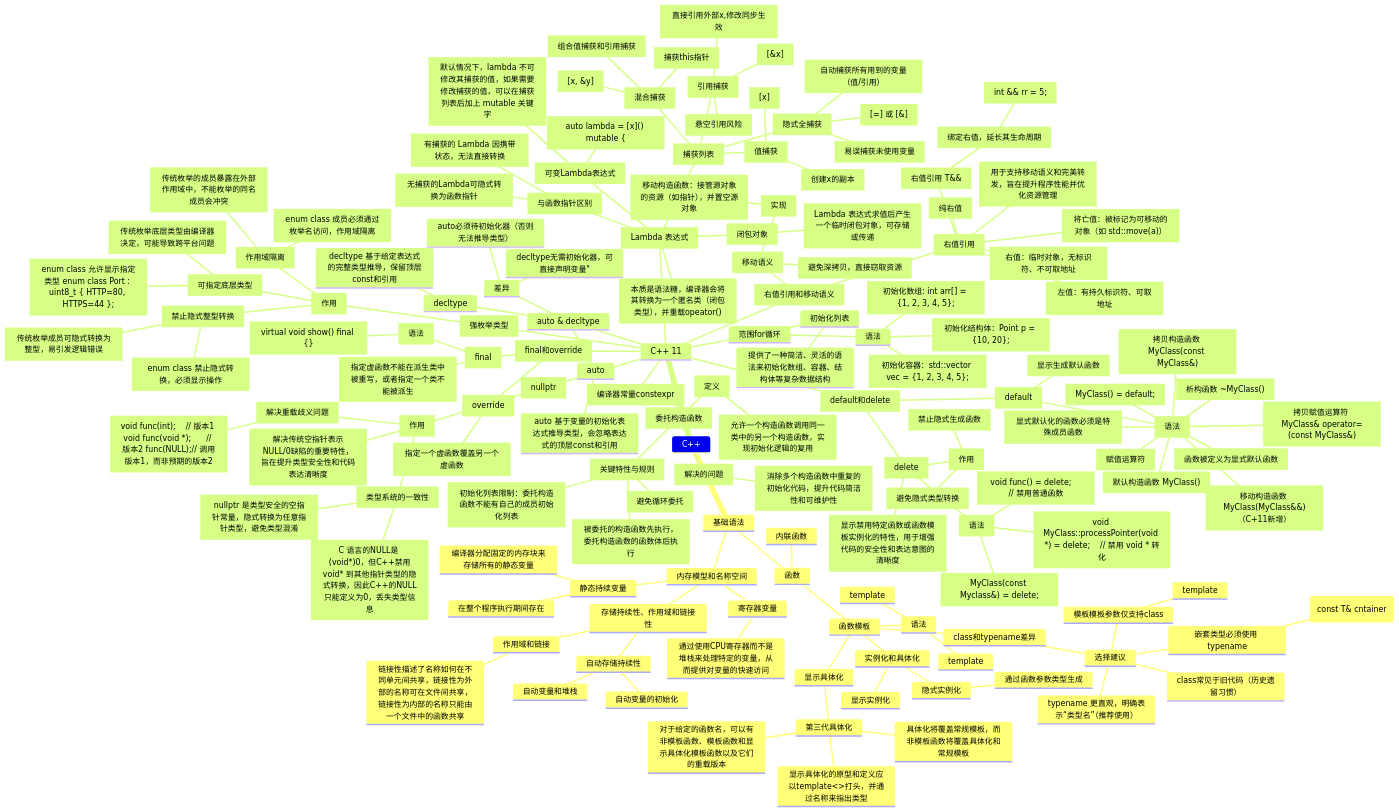
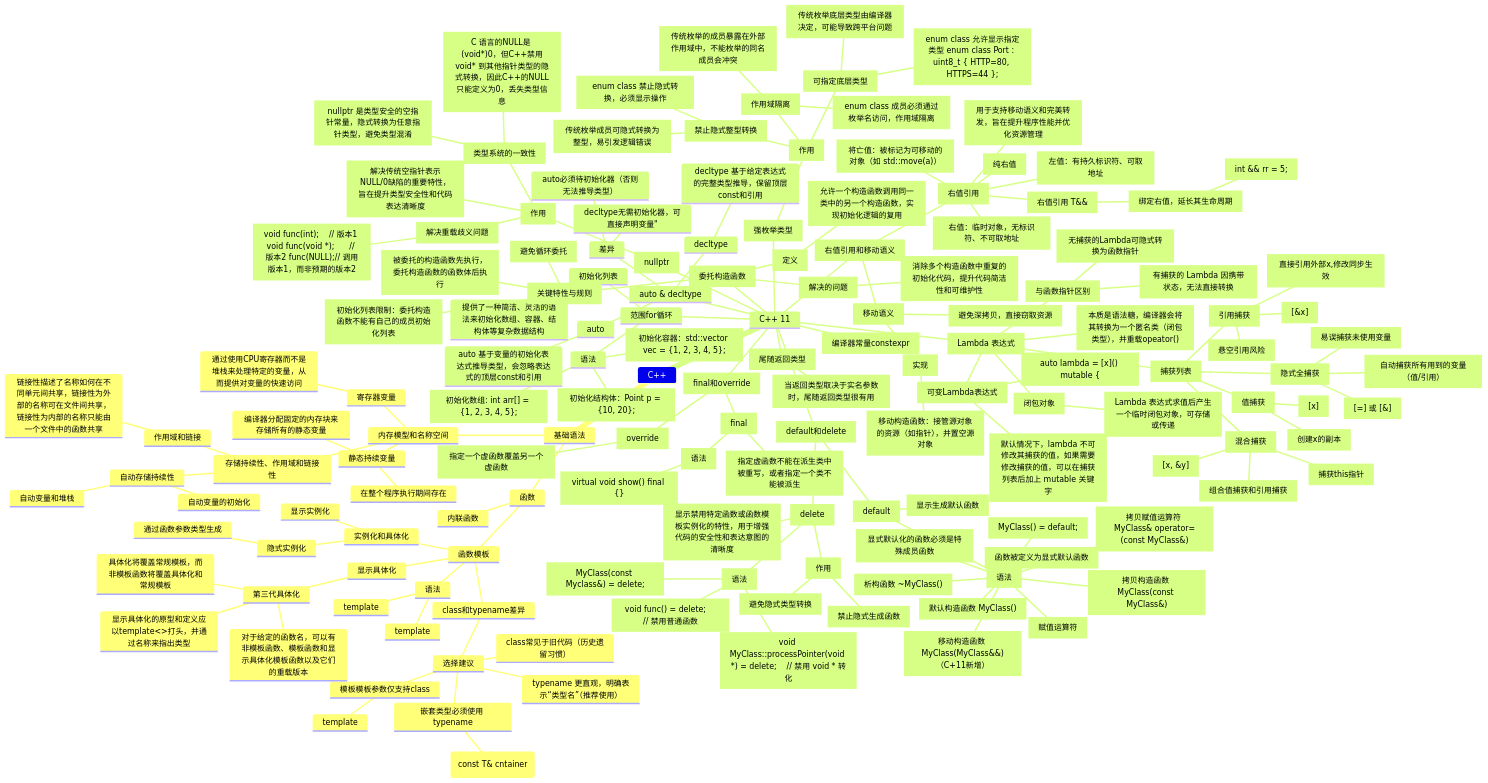
One commit to akai100/job_seek changed the diagram in 编程语言/c++/C++.md. Above: the diagram before and after it, drawn with Mermaid.

````diff
--- a/编程语言/c++/C++.md
+++ b/编程语言/c++/C++.md
@@ -153,5 +153,7 @@
                     ["virtual void show() final {}"]
             ["override"]
                 ["指定一个虚函数覆盖另一个虚函数"]
+        ["尾随返回类型"]
+            ["当返回类型取决于实名参数时，尾随返回类型很有用"]
                 
 ```
````
